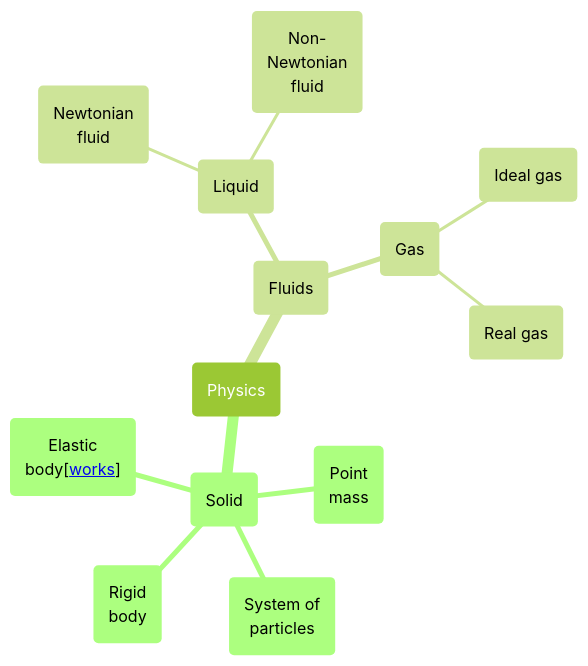
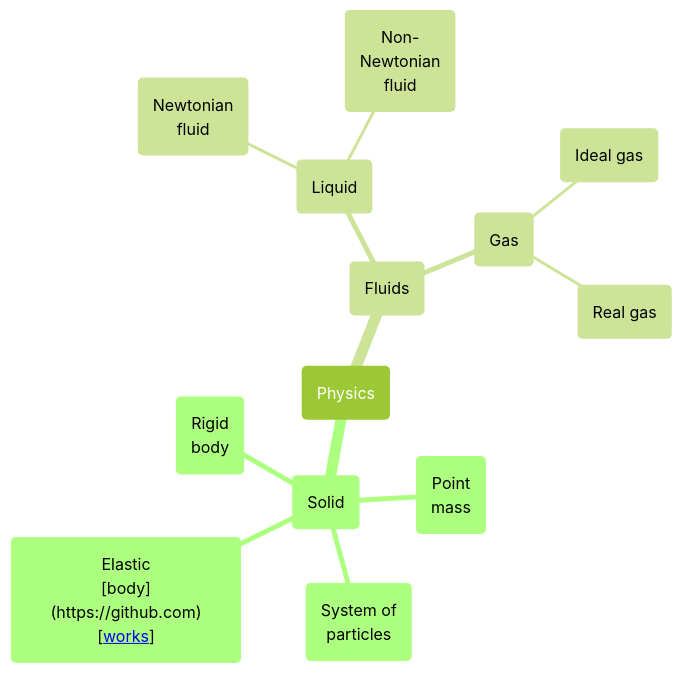
One commit to dragonhunt02/v-sekai-game changed the first of 2 diagrams in codebase.md. Above: the diagram before and after it, drawn with Mermaid (forest theme).

````diff
--- a/codebase.md
+++ b/codebase.md
@@ -1,17 +1,17 @@
 ```mermaid
 mindmap
   ("Physics")
     ("Solid")
       ("Point<br>mass")
       ("System of<br>particles")
       ("Rigid<br>body")
-      ("Elastic<br>body[<a href='https://github.com/dragonhunt02/v-sekai-game/blob/docs/codebase.md#test'>works</a>]")
+      ("Elastic<br>[body](https://github.com)[<a href='https://github.com/dragonhunt02/v-sekai-game/blob/docs/codebase.md#test'>works</a>]")
     ("Fluids")
       ("Liquid")
         ("Newtonian<br>fluid")
         ("Non-<br>Newtonian<br>fluid")
       ("Gas")
         ("Ideal gas")
         ("Real gas")
 
 ```
````
